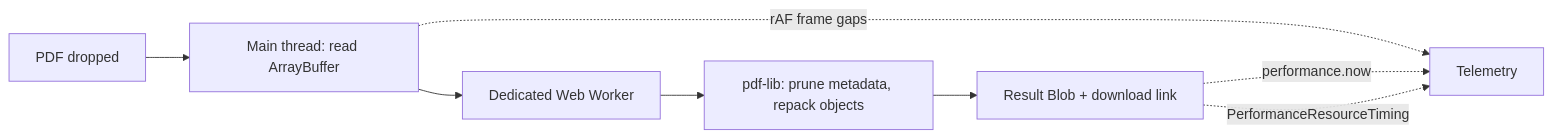
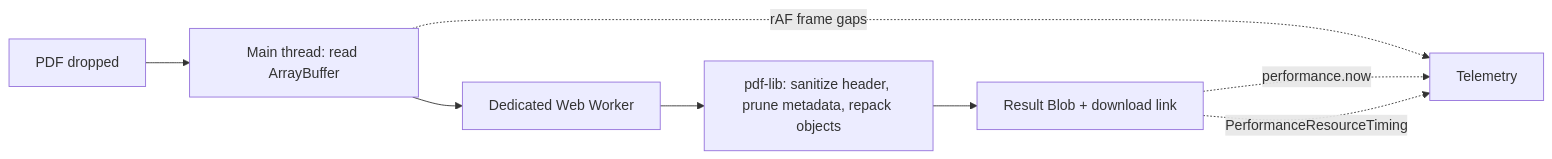
Before and after one commit to abhinavkdeval08-design/Abhinav-Portfolio: the diagram in README.md, drawn with Mermaid. The commit also changed other lines of this file and 1 other file, not shown here.

Commit message:
docs: update README with EnclavePDF architecture, comparison table, and truthful telemetry caveats

````diff
--- a/README.md
+++ b/README.md
@@ -35,10 +50,10 @@
 ```mermaid
 flowchart LR
     A[PDF dropped] --> B[Main thread: read ArrayBuffer]
     B --> C[Dedicated Web Worker]
-    C --> D[pdf-lib: prune metadata, repack objects]
+    C --> D[pdf-lib: sanitize header, prune metadata, repack objects]
     D --> E[Result Blob + download link]
     B -.->|"rAF frame gaps"| F[Telemetry]
     E -.->|"performance.now"| F
     E -.->|"PerformanceResourceTiming"| F
 ```
````
